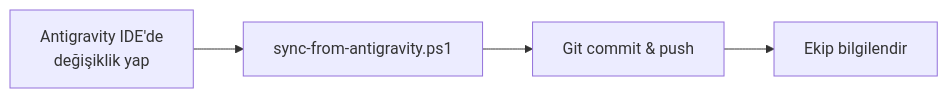
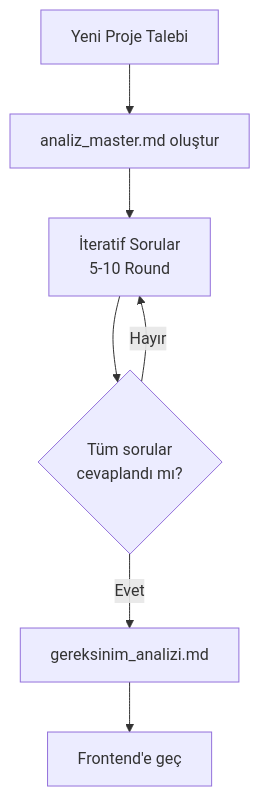
Before and after one commit to atifertugrul-kan/havsan-ai-coding-mimari-app: the first of 3 diagrams in README.md, drawn with Mermaid. The commit also changed other lines of this file and 29 other files, not shown here.

First line of the commit message:
docs: Simplify README and add fullstack development roadmap

````diff
--- a/README.md
+++ b/README.md
@@ -201,6 +71,9 @@
 ```mermaid
-graph LR
-    A[Antigravity IDE'de<br/>değişiklik yap] --> B[sync-from-antigravity.ps1]
-    B --> C[Git commit & push]
-    C --> D[Ekip bilgilendir]
+graph TD
+    A[Yeni Proje Talebi] --> B[analiz_master.md oluştur]
+    B --> C[İteratif Sorular<br/>5-10 Round]
+    C --> D{Tüm sorular<br/>cevaplandı mı?}
+    D -->|Hayır| C
+    D -->|Evet| E[gereksinim_analizi.md]
+    E --> F[Frontend'e geç]
 ```
````
